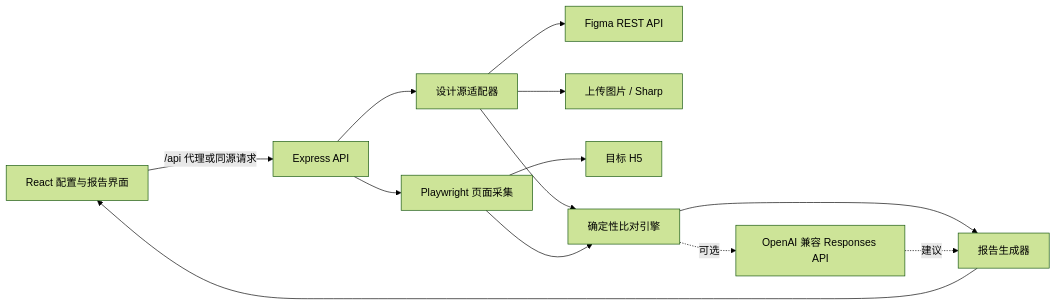
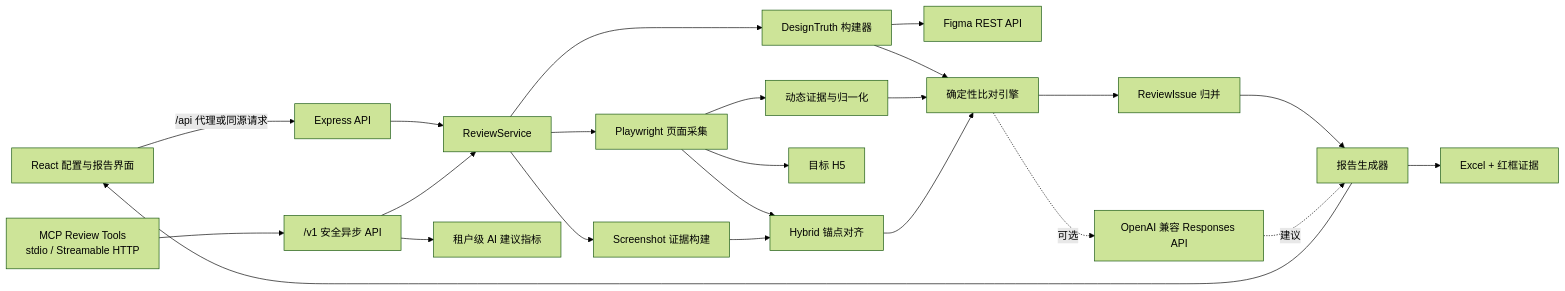
One commit to cheng-zuguang/visual-acceptance-prototype changed the diagram in docs/ARCHITECTURE.md. Above: the diagram before and after it, drawn with Mermaid (forest theme). The commit also changed other lines of this file and 46 other files, not shown here.

````diff
--- a/docs/ARCHITECTURE.md
+++ b/docs/ARCHITECTURE.md
@@ -9,15 +9,25 @@
 ```mermaid
 flowchart LR
   UI["React 配置与报告界面"] -->|"/api 代理或同源请求"| API["Express API"]
-  API --> DESIGN["设计源适配器"]
+  API --> REVIEW["ReviewService"]
+  MCP["MCP Review Tools<br/>stdio / Streamable HTTP"] --> PUBLIC
+  PUBLIC["/v1 安全异步 API"] --> REVIEW
+  PUBLIC --> MONITOR["租户级 AI 建议指标"]
+  REVIEW --> DESIGN["DesignTruth 构建器"]
   DESIGN --> FIGMA["Figma REST API"]
-  DESIGN --> IMAGE["上传图片 / Sharp"]
-  API --> CAPTURE["Playwright 页面采集"]
+  REVIEW --> CAPTURE["Playwright 页面采集"]
+  REVIEW --> SHOT["Screenshot 证据构建"]
+  CAPTURE --> HYBRID["Hybrid 锚点对齐"]
+  SHOT --> HYBRID
   CAPTURE --> H5["目标 H5"]
+  CAPTURE --> DYNAMIC["动态证据与归一化"]
   DESIGN --> COMPARE["确定性比对引擎"]
-  CAPTURE --> COMPARE
-  COMPARE --> REPORT["报告生成器"]
+  DYNAMIC --> COMPARE
+  HYBRID --> COMPARE
+  COMPARE --> ISSUES["ReviewIssue 归并"]
+  ISSUES --> REPORT["报告生成器"]
+  REPORT --> EXCEL["Excel + 红框证据"]
   COMPARE -.可选.-> AI["OpenAI 兼容 Responses API"]
   AI -.建议.-> REPORT
   REPORT --> UI
 ```
````
